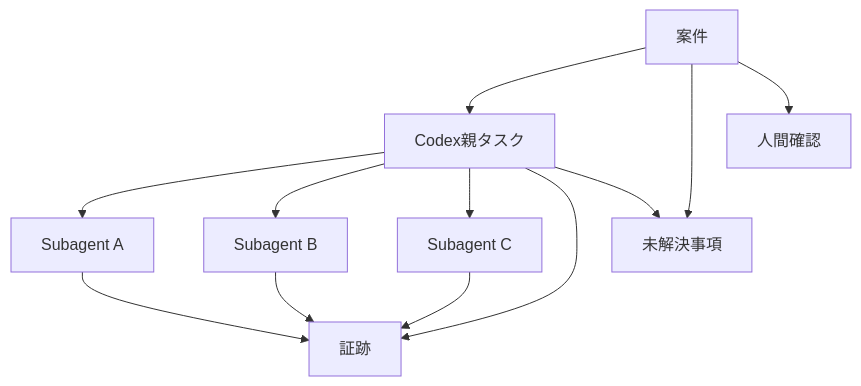
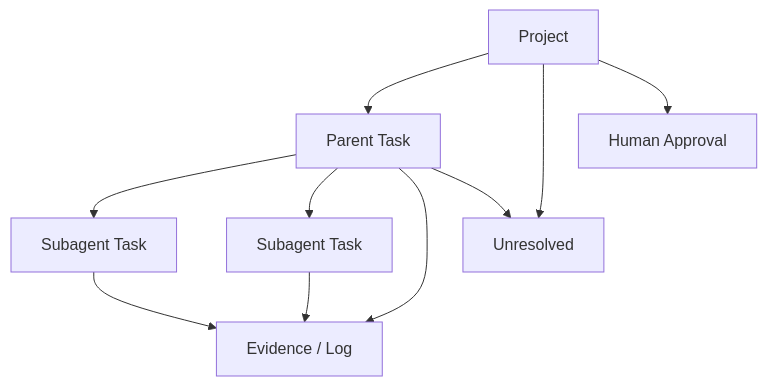
The second of 3 diagrams in docs/計画/【Aegis Mesh】計画書.md (xxxinakenxxx-hash/Aegis-Mesh), drawn with Mermaid before and after one commit. The commit also changed other lines of this file, not shown here.

````diff
--- a/docs/計画/【Aegis Mesh】計画書.md
+++ b/docs/計画/【Aegis Mesh】計画書.md
@@ -208,23 +148,20 @@
 ```mermaid
 flowchart TB
-    P[案件]
-    T[Codex親タスク]
-    S1[Subagent A]
-    S2[Subagent B]
-    S3[Subagent C]
-    E[証跡]
-    U[未解決事項]
-    H[人間確認]
+    P[Project]
+    T[Parent Task]
+    S1[Subagent Task]
+    S2[Subagent Task]
+    E[Evidence / Log]
+    U[Unresolved]
+    H[Human Approval]
 
     P --> T
     T --> S1
     T --> S2
-    T --> S3
     T --> E
     S1 --> E
     S2 --> E
-    S3 --> E
     P --> U
     T --> U
     P --> H
 ```
````
